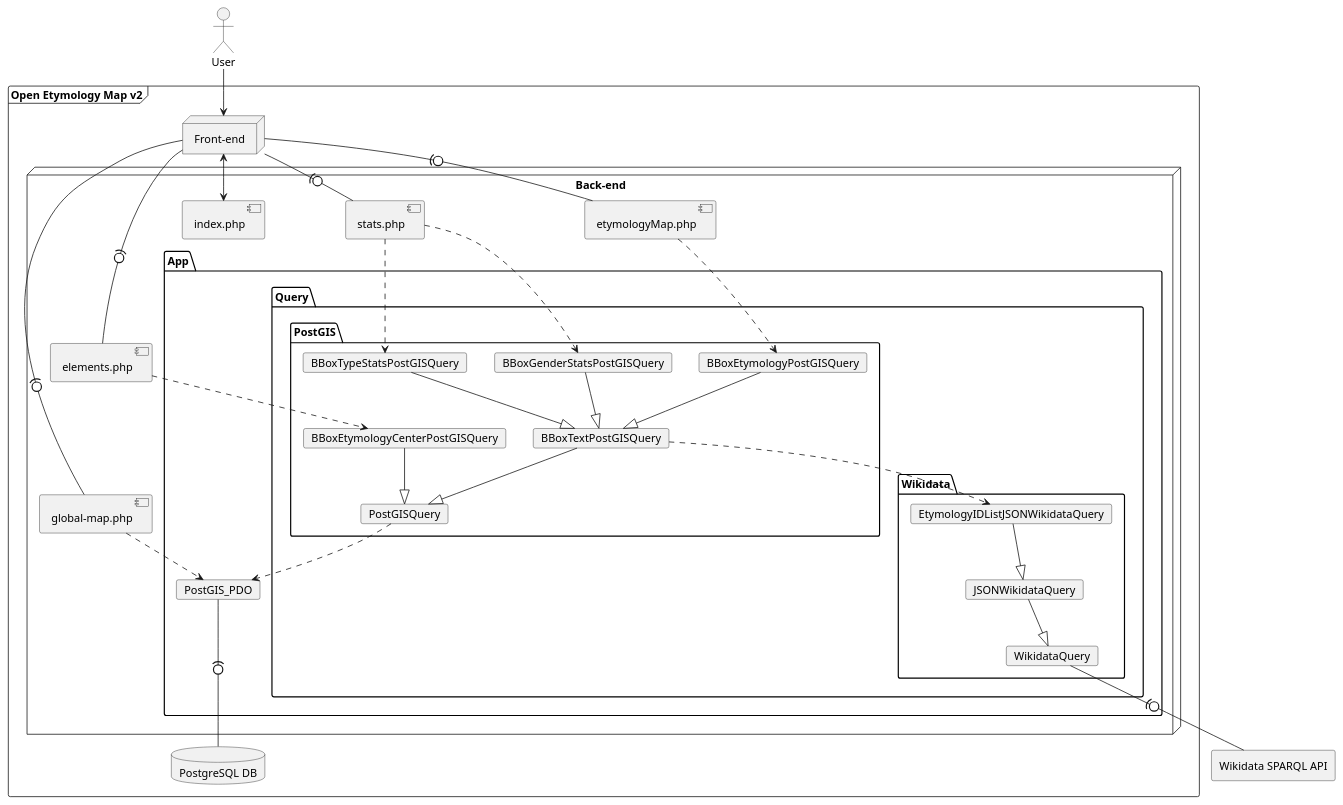
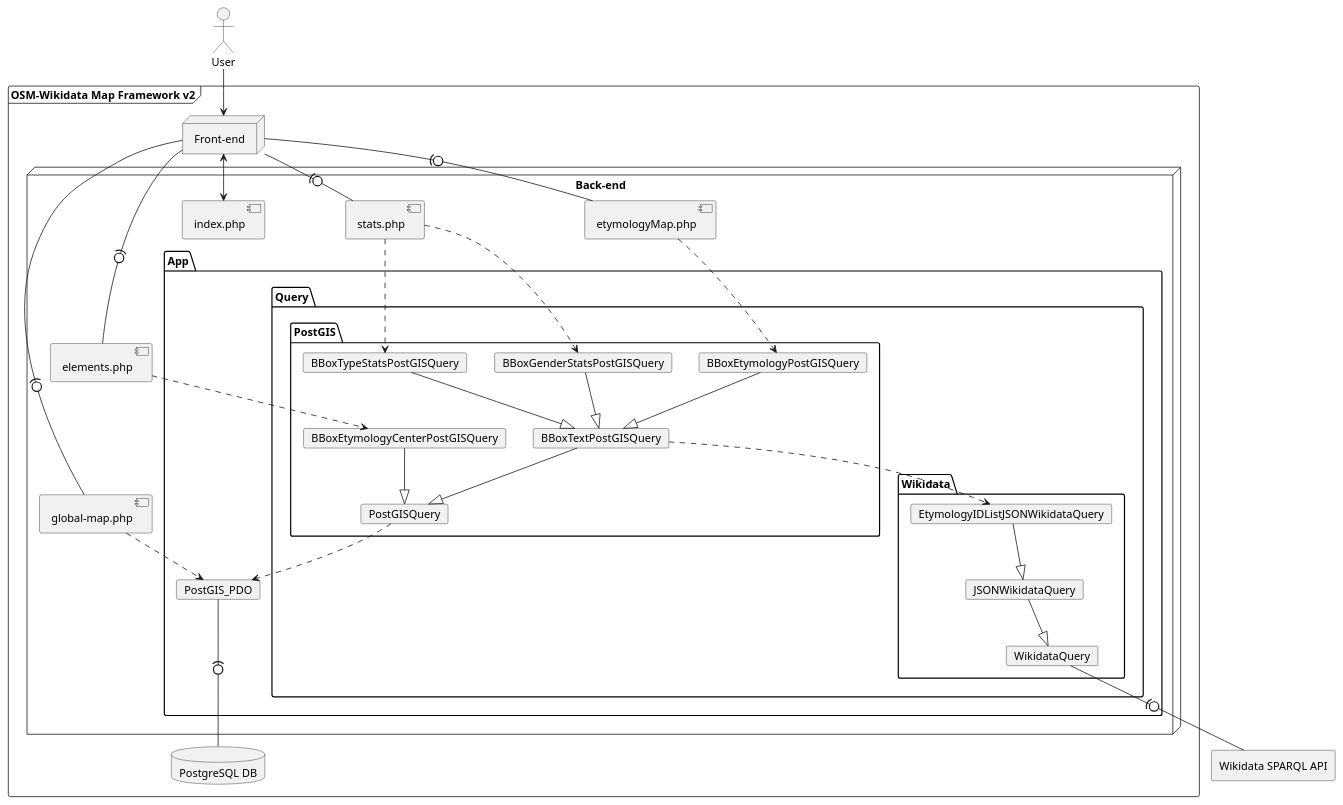
One commit to Danysan1/osm-wikidata-map-framework changed the diagram in images/v2.plantuml. Above: the diagram before and after it, drawn with PlantUML. The commit also changed 24 other files, not shown here.

```diff
--- a/images/v2.plantuml
+++ b/images/v2.plantuml
@@ -1,66 +1,66 @@
 @startuml v2
 
 actor user as "User"
-frame oem as "Open Etymology Map v2" {
+frame oem as "OSM-Wikidata Map Framework v2" {
     database db as "PostgreSQL DB"
     node fe as "Front-end"
     node be as "Back-end" {
         component globalMap as "global-map.php"
         component elements as "elements.php"
         component etymologyMap as "etymologyMap.php"
         component stats as "stats.php"
         component index as "index.php"
         package App {
             card PostGIS_PDO
             package Query {
                 package PostGIS {
                     card BBoxEtymologyPostGISQuery
                     card BBoxGenderStatsPostGISQuery
                     card BBoxTypeStatsPostGISQuery
                     card BBoxEtymologyCenterPostGISQuery
                     card BBoxTextPostGISQuery
                     card PostGISQuery
                 }
                 package Wikidata {
                     card EtymologyIDListJSONWikidataQuery
                     card JSONWikidataQuery
                     card WikidataQuery
                 }
             }
         }
     }
 }
 agent wikidata as "Wikidata SPARQL API"
 
 index <--> fe
 
 user --> fe
 
 fe -(0- globalMap
 fe -(0- etymologyMap
 fe -(0- elements
 fe -(0- stats
 
 
 etymologyMap ..> BBoxEtymologyPostGISQuery
 stats ..> BBoxGenderStatsPostGISQuery
 stats ..> BBoxTypeStatsPostGISQuery
 elements ..> BBoxEtymologyCenterPostGISQuery
 
 BBoxTextPostGISQuery --|> PostGISQuery
 BBoxEtymologyPostGISQuery --|> BBoxTextPostGISQuery
 BBoxGenderStatsPostGISQuery --|> BBoxTextPostGISQuery
 BBoxTypeStatsPostGISQuery --|> BBoxTextPostGISQuery
 BBoxEtymologyCenterPostGISQuery --|> PostGISQuery
 
 EtymologyIDListJSONWikidataQuery --|> JSONWikidataQuery
 JSONWikidataQuery --|> WikidataQuery
 
 globalMap ..> PostGIS_PDO
 PostGISQuery ..> PostGIS_PDO
 PostGIS_PDO --(0- db
 BBoxTextPostGISQuery ..> EtymologyIDListJSONWikidataQuery
 
 WikidataQuery -(0- wikidata
 
 @enduml
```
